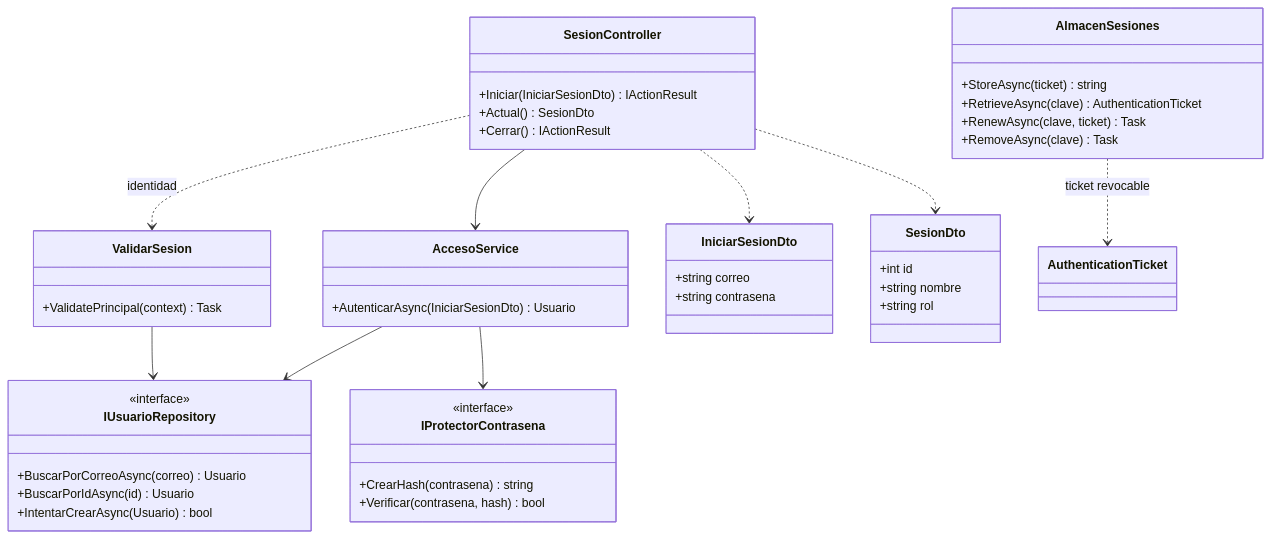
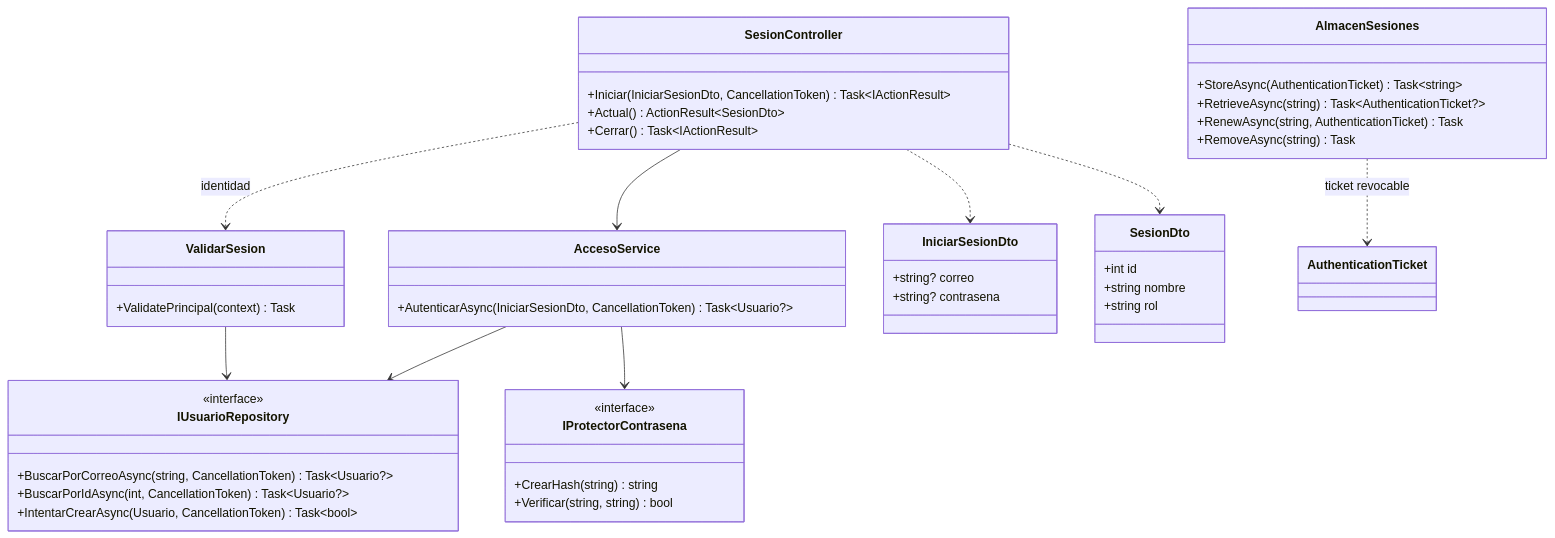
Before and after one commit to yirardyalbertoquintero-sys/Proyecto_fase_1_ing_software: the diagram in docs/fase-3/diagramas/clases-acceso.mmd, drawn with Mermaid. The commit also changed 20 other files, not shown here.

```diff
--- a/docs/fase-3/diagramas/clases-acceso.mmd
+++ b/docs/fase-3/diagramas/clases-acceso.mmd
@@ -1,46 +1,46 @@
 classDiagram
     class SesionController {
-        +Iniciar(IniciarSesionDto) IActionResult
-        +Actual() SesionDto
-        +Cerrar() IActionResult
+        +Iniciar(IniciarSesionDto, CancellationToken) Task~IActionResult~
+        +Actual() ActionResult~SesionDto~
+        +Cerrar() Task~IActionResult~
     }
     class AccesoService {
-        +AutenticarAsync(IniciarSesionDto) Usuario
+        +AutenticarAsync(IniciarSesionDto, CancellationToken) Task~Usuario?~
     }
     class IUsuarioRepository {
         <<interface>>
-        +BuscarPorCorreoAsync(correo) Usuario
-        +BuscarPorIdAsync(id) Usuario
-        +IntentarCrearAsync(Usuario) bool
+        +BuscarPorCorreoAsync(string, CancellationToken) Task~Usuario?~
+        +BuscarPorIdAsync(int, CancellationToken) Task~Usuario?~
+        +IntentarCrearAsync(Usuario, CancellationToken) Task~bool~
     }
     class IProtectorContrasena {
         <<interface>>
-        +CrearHash(contrasena) string
-        +Verificar(contrasena, hash) bool
+        +CrearHash(string) string
+        +Verificar(string, string) bool
     }
     class ValidarSesion {
         +ValidatePrincipal(context) Task
     }
     class AlmacenSesiones {
-        +StoreAsync(ticket) string
-        +RetrieveAsync(clave) AuthenticationTicket
-        +RenewAsync(clave, ticket) Task
-        +RemoveAsync(clave) Task
+        +StoreAsync(AuthenticationTicket) Task~string~
+        +RetrieveAsync(string) Task~AuthenticationTicket?~
+        +RenewAsync(string, AuthenticationTicket) Task
+        +RemoveAsync(string) Task
     }
     class IniciarSesionDto {
-        +string correo
-        +string contrasena
+        +string? correo
+        +string? contrasena
     }
     class SesionDto {
         +int id
         +string nombre
         +string rol
     }
     SesionController --> AccesoService
     SesionController ..> IniciarSesionDto
     SesionController ..> SesionDto
     AccesoService --> IUsuarioRepository
     AccesoService --> IProtectorContrasena
     ValidarSesion --> IUsuarioRepository
     SesionController ..> ValidarSesion : identidad
     AlmacenSesiones ..> AuthenticationTicket : ticket revocable
```
